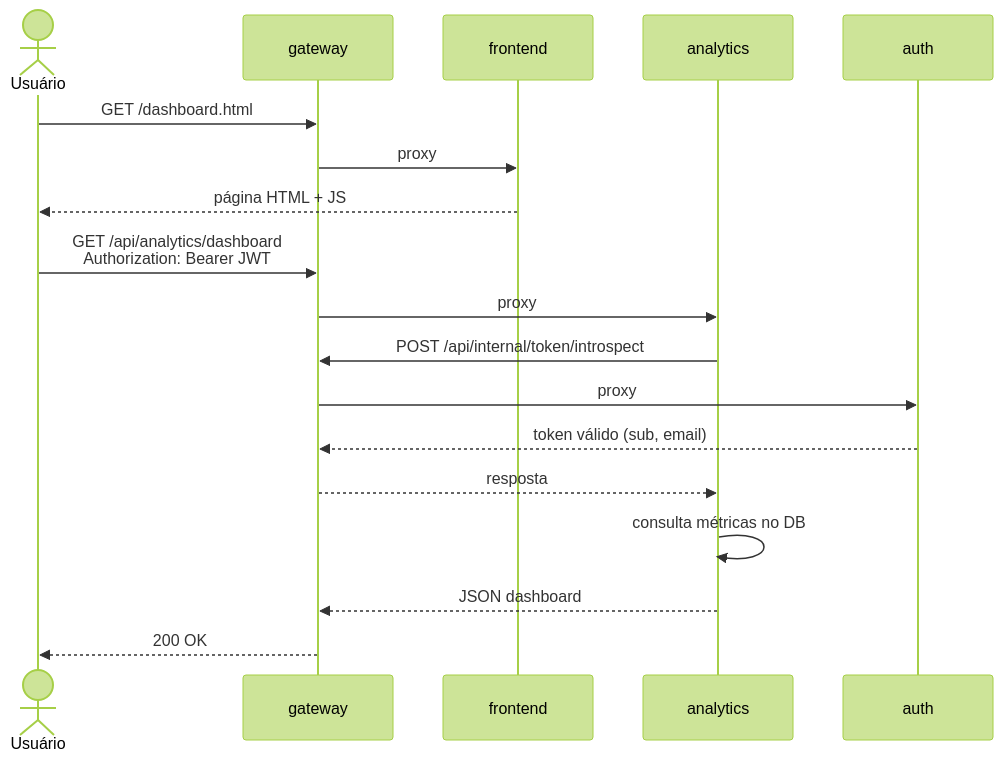
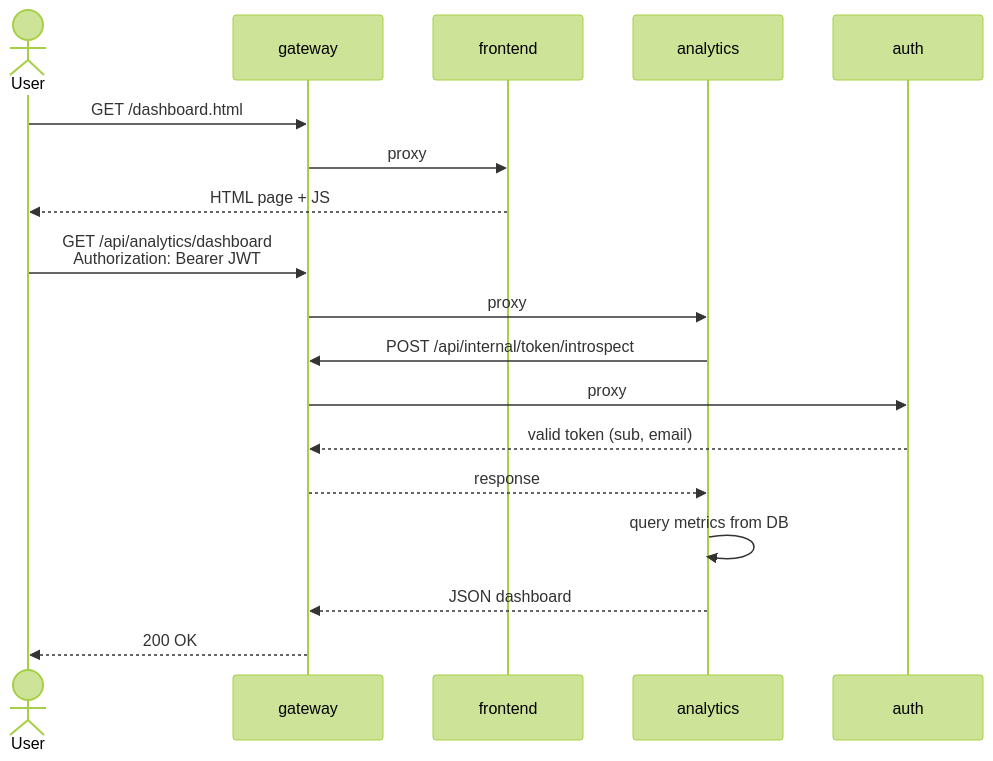
The second of 2 diagrams in README.md (BerWalker/DevSecOps2026), drawn with Mermaid (forest theme) before and after one commit. The commit also changed other lines of this file and 16 other files, not shown here.

````diff
--- a/README.md
+++ b/README.md
@@ -58,22 +58,22 @@
 ```mermaid
 sequenceDiagram
-    actor U as Usuário
+    actor U as User
     participant G as gateway
     participant F as frontend
     participant A as analytics
     participant Au as auth
 
     U->>G: GET /dashboard.html
     G->>F: proxy
-    F-->>U: página HTML + JS
+    F-->>U: HTML page + JS
 
     U->>G: GET /api/analytics/dashboard<br/>Authorization: Bearer JWT
     G->>A: proxy
     A->>G: POST /api/internal/token/introspect
     G->>Au: proxy
-    Au-->>G: token válido (sub, email)
-    G-->>A: resposta
-    A->>A: consulta métricas no DB
+    Au-->>G: valid token (sub, email)
+    G-->>A: response
+    A->>A: query metrics from DB
     A-->>G: JSON dashboard
     G-->>U: 200 OK
 ```
````
